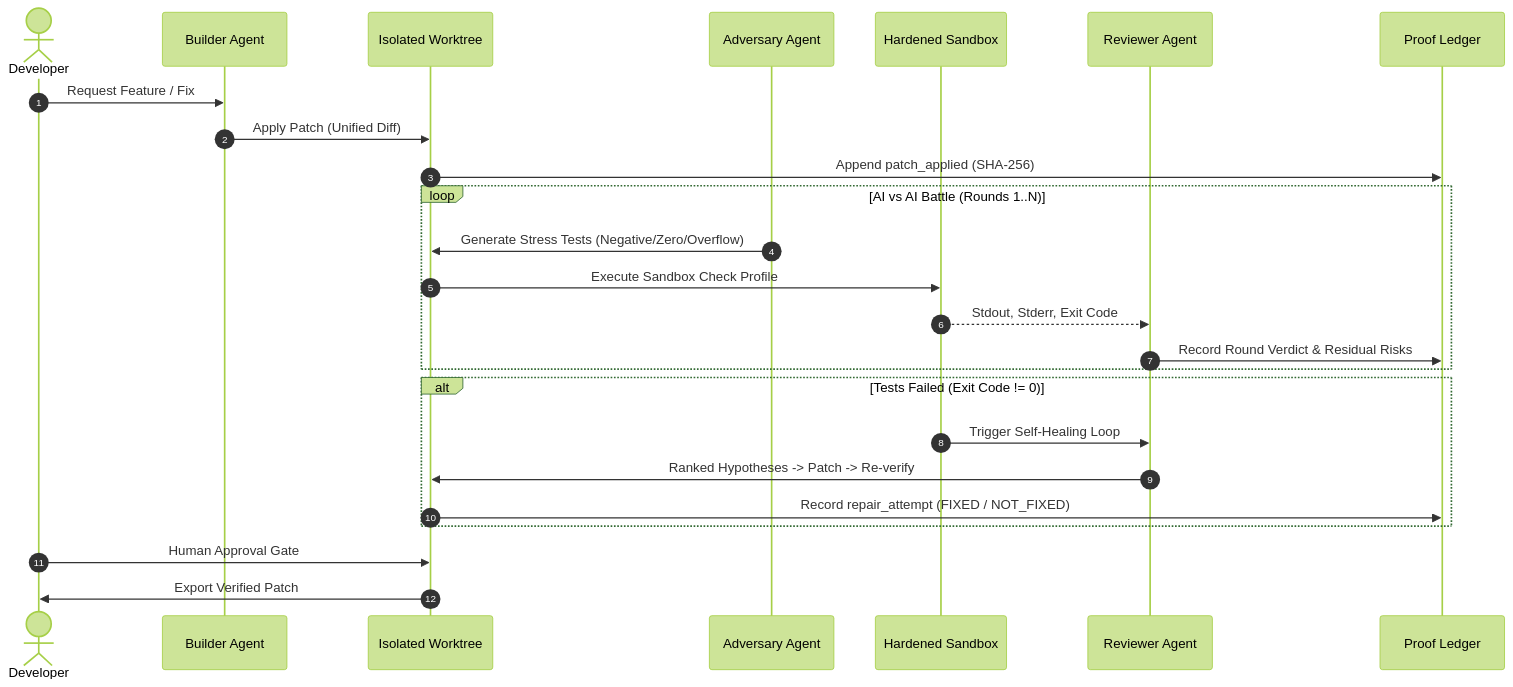
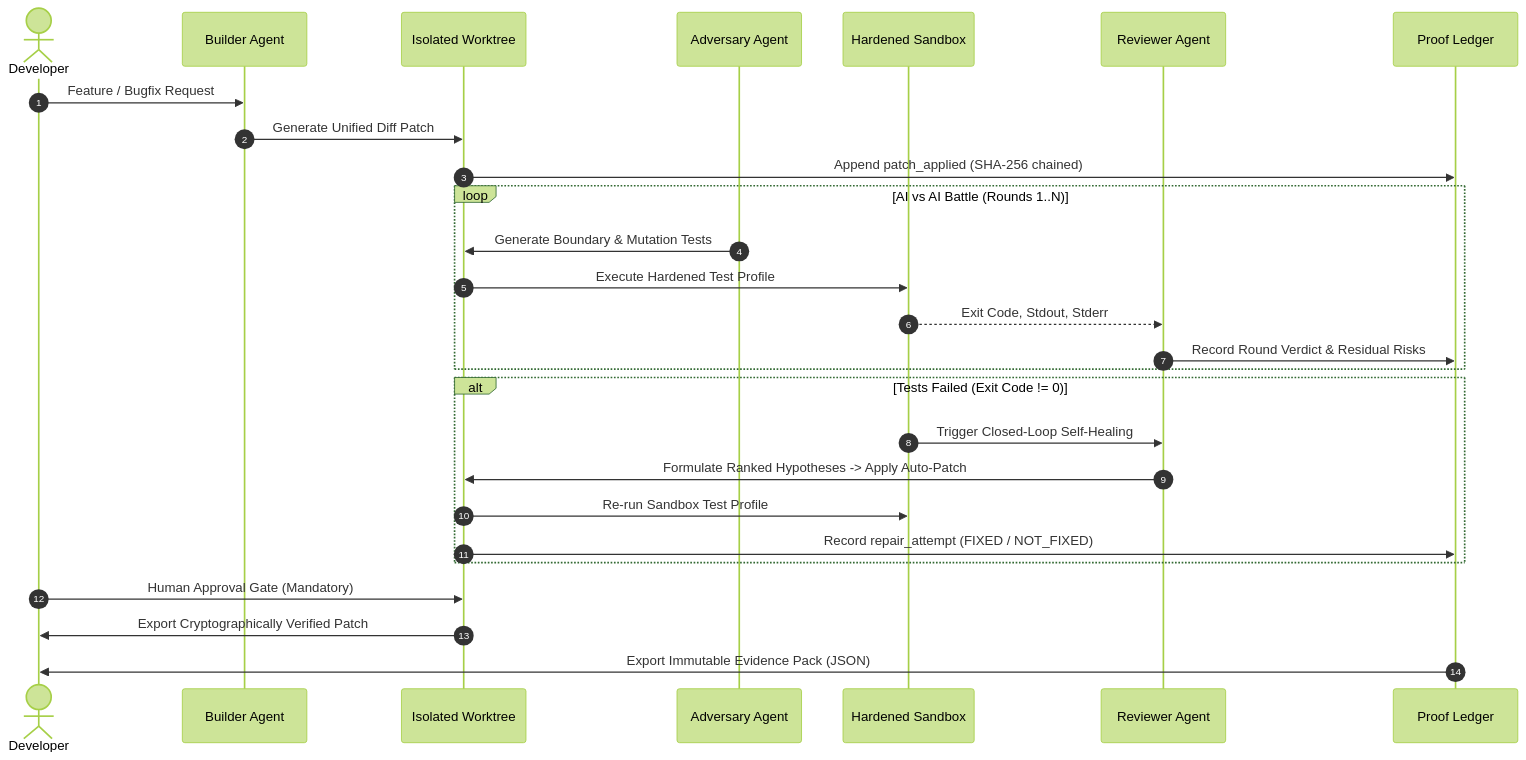
The second of 2 diagrams in README.md (me13krishna/Parikshit), drawn with Mermaid (forest theme) before and after one commit. The commit also changed other lines of this file and 13 other files, not shown here.

````diff
--- a/README.md
+++ b/README.md
@@ -137,31 +192,33 @@
 ```mermaid
 sequenceDiagram
     autonumber
     actor Dev as Developer
     participant Builder as Builder Agent
     participant Worktree as Isolated Worktree
     participant Adversary as Adversary Agent
     participant Sandbox as Hardened Sandbox
     participant Reviewer as Reviewer Agent
     participant Ledger as Proof Ledger
 
-    Dev->>Builder: Request Feature / Fix
-    Builder->>Worktree: Apply Patch (Unified Diff)
-    Worktree->>Ledger: Append patch_applied (SHA-256)
+    Dev->>Builder: Feature / Bugfix Request
+    Builder->>Worktree: Generate Unified Diff Patch
+    Worktree->>Ledger: Append patch_applied (SHA-256 chained)
     
     loop AI vs AI Battle (Rounds 1..N)
-        Adversary->>Worktree: Generate Stress Tests (Negative/Zero/Overflow)
-        Worktree->>Sandbox: Execute Sandbox Check Profile
-        Sandbox-->>Reviewer: Stdout, Stderr, Exit Code
+        Adversary->>Worktree: Generate Boundary & Mutation Tests
+        Worktree->>Sandbox: Execute Hardened Test Profile
+        Sandbox-->>Reviewer: Exit Code, Stdout, Stderr
         Reviewer->>Ledger: Record Round Verdict & Residual Risks
     end
     
     alt Tests Failed (Exit Code != 0)
-        Sandbox->>Reviewer: Trigger Self-Healing Loop
-        Reviewer->>Worktree: Ranked Hypotheses -> Patch -> Re-verify
+        Sandbox->>Reviewer: Trigger Closed-Loop Self-Healing
+        Reviewer->>Worktree: Formulate Ranked Hypotheses -> Apply Auto-Patch
+        Worktree->>Sandbox: Re-run Sandbox Test Profile
         Worktree->>Ledger: Record repair_attempt (FIXED / NOT_FIXED)
     end
 
-    Dev->>Worktree: Human Approval Gate
-    Worktree->>Dev: Export Verified Patch
+    Dev->>Worktree: Human Approval Gate (Mandatory)
+    Worktree->>Dev: Export Cryptographically Verified Patch
+    Ledger->>Dev: Export Immutable Evidence Pack (JSON)
 ```
````
